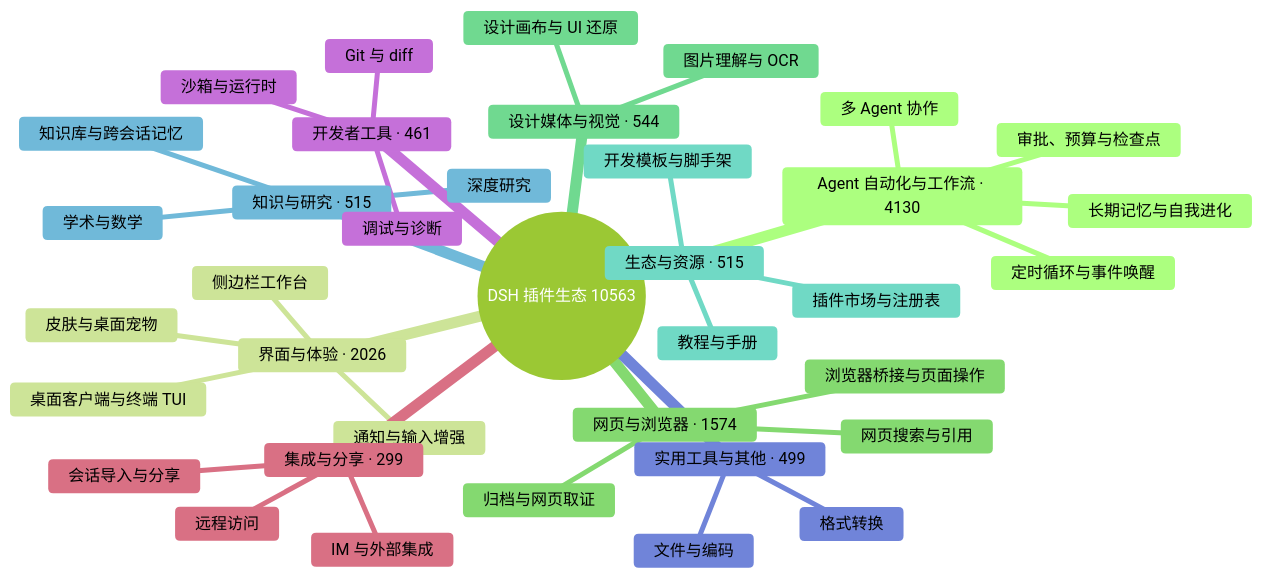
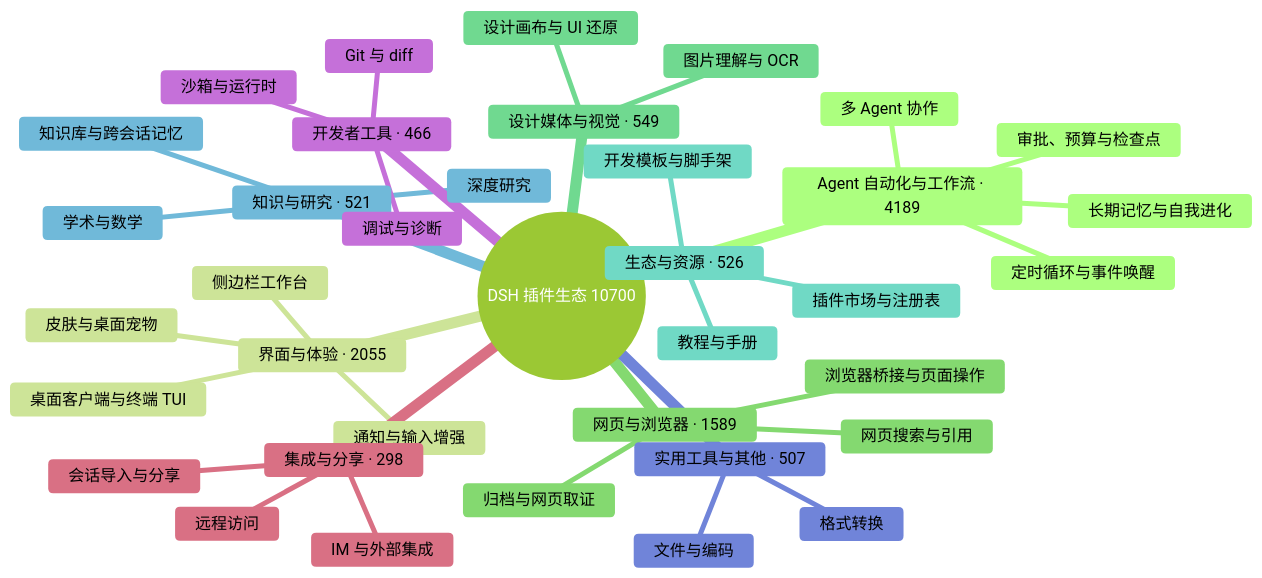
Before and after one commit to bruc3van/awesome-dsh-plugin: the diagram in README.md, drawn with Mermaid (forest theme). The commit also changed other lines of this file and 20 other files, not shown here.

````diff
--- a/README.md
+++ b/README.md
@@ -33,40 +33,40 @@
 ```mermaid
 mindmap
-  root((DSH 插件生态 10563))
-    Agent 自动化与工作流 · 4130
+  root((DSH 插件生态 10700))
+    Agent 自动化与工作流 · 4189
       定时循环与事件唤醒
       多 Agent 协作
       长期记忆与自我进化
       审批、预算与检查点
-    界面与体验 · 2026
+    界面与体验 · 2055
       桌面客户端与终端 TUI
       侧边栏工作台
       皮肤与桌面宠物
       通知与输入增强
-    网页与浏览器 · 1574
+    网页与浏览器 · 1589
       浏览器桥接与页面操作
       网页搜索与引用
       归档与网页取证
-    设计媒体与视觉 · 544
+    设计媒体与视觉 · 549
       图片理解与 OCR
       设计画布与 UI 还原
-    生态与资源 · 515
+    生态与资源 · 526
       插件市场与注册表
       开发模板与脚手架
       教程与手册
-    知识与研究 · 515
+    知识与研究 · 521
       知识库与跨会话记忆
       深度研究
       学术与数学
-    实用工具与其他 · 499
+    实用工具与其他 · 507
       文件与编码
       格式转换
-    开发者工具 · 461
+    开发者工具 · 466
       Git 与 diff
       沙箱与运行时
       调试与诊断
-    集成与分享 · 299
+    集成与分享 · 298
       会话导入与分享
       远程访问
       IM 与外部集成
 ```
````
